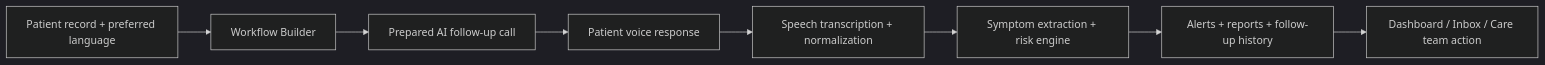
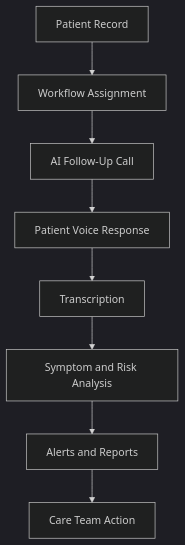
One commit to piyushthe01/Jilo-Hackathon changed the diagram in README.md. Above: the diagram before and after it, drawn with Mermaid (dark theme). The commit also changed other lines of this file and 10 other files, not shown here.

````diff
--- a/README.md
+++ b/README.md
@@ -94,10 +94,10 @@
 ```mermaid
-flowchart LR
-    A["Patient record + preferred language"] --> B["Workflow Builder"]
-    B --> C["Prepared AI follow-up call"]
-    C --> D["Patient voice response"]
-    D --> E["Speech transcription + normalization"]
-    E --> F["Symptom extraction + risk engine"]
-    F --> G["Alerts + reports + follow-up history"]
-    G --> H["Dashboard / Inbox / Care team action"]
+flowchart TD
+    A[Patient Record] --> B[Workflow Assignment]
+    B --> C[AI Follow-Up Call]
+    C --> D[Patient Voice Response]
+    D --> E[Transcription]
+    E --> F[Symptom and Risk Analysis]
+    F --> G[Alerts and Reports]
+    G --> H[Care Team Action]
 ```
````
